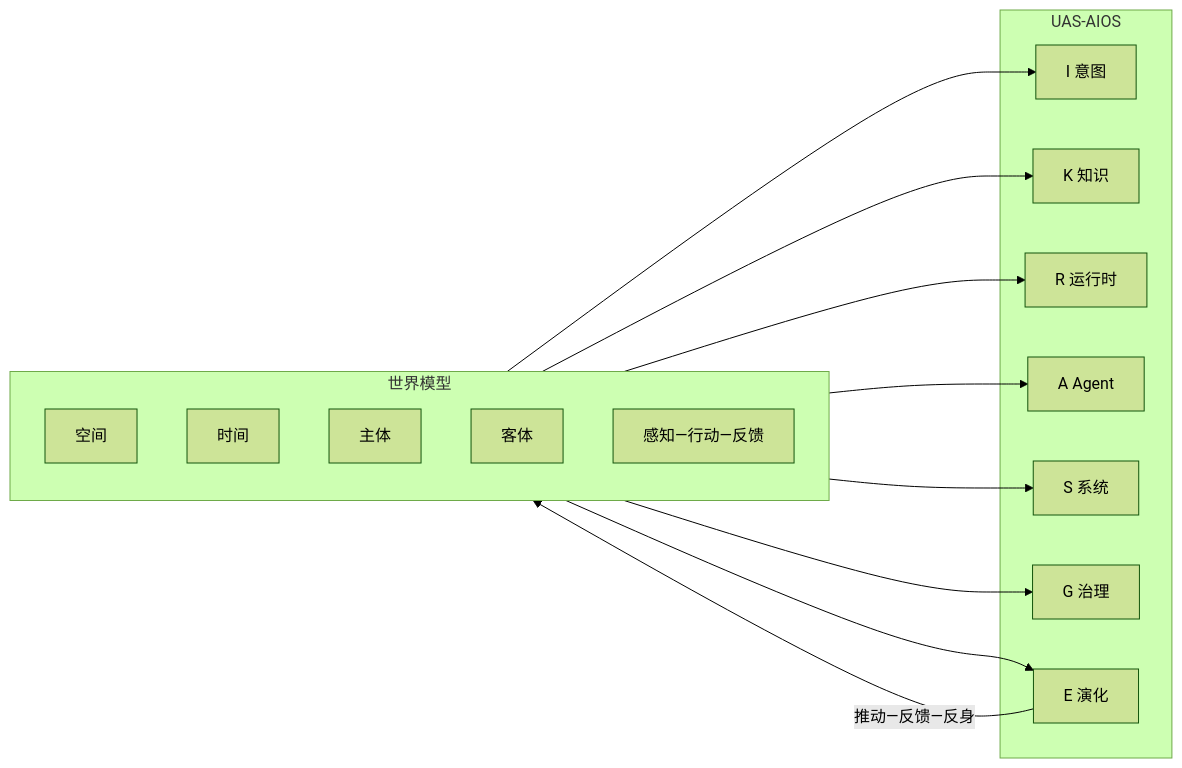
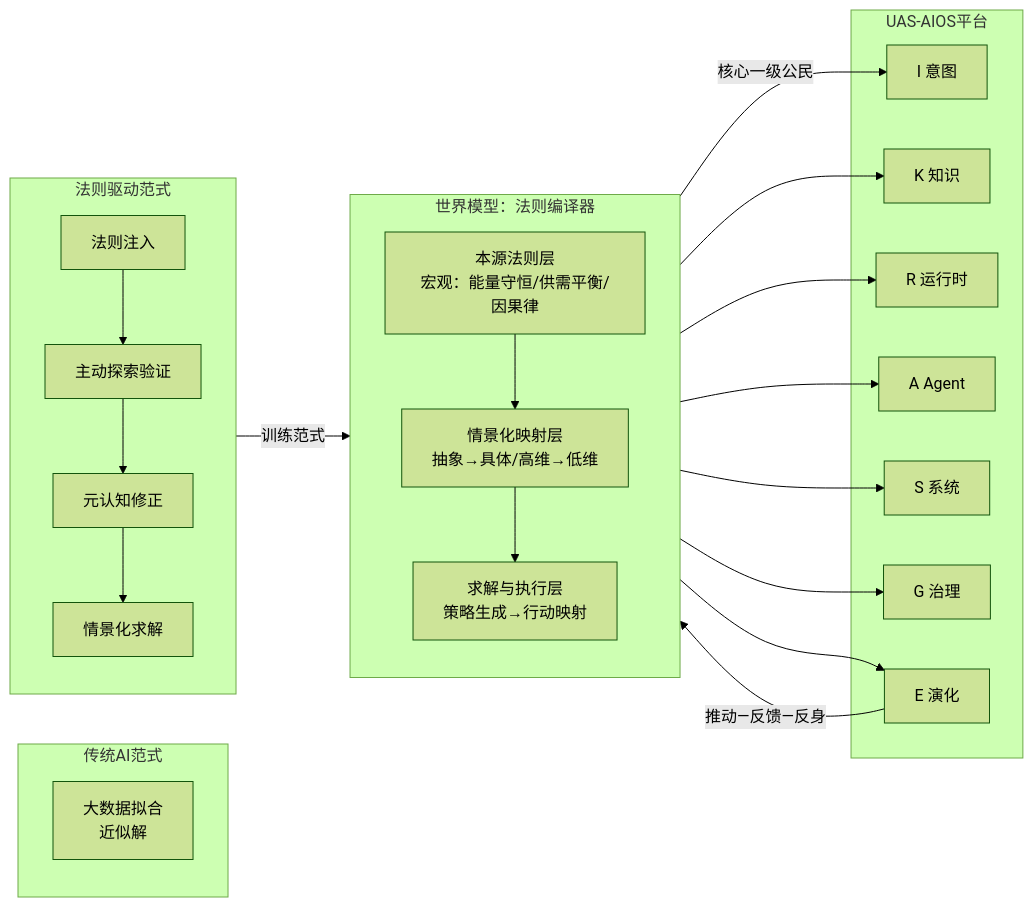
Before and after one commit to huawenyao/UAS-AIOS: the second of 4 diagrams in docs/THEORY_SYSTEM.md, drawn with Mermaid (forest theme). The commit also changed other lines of this file and 47 other files, not shown here.

````diff
--- a/docs/THEORY_SYSTEM.md
+++ b/docs/THEORY_SYSTEM.md
@@ -245,30 +629,43 @@
 ```mermaid
 flowchart LR
-    subgraph 世界模型
-        S[空间]
-        T[时间]
-        Subj[主体]
-        Obj[客体]
-        F[感知—行动—反馈]
+    subgraph 世界模型_法则编译器["世界模型：法则编译器"]
+        direction TB
+        WM1[本源法则层<br>宏观：能量守恒/供需平衡/因果律]
+        WM2[情景化映射层<br>抽象→具体/高维→低维]
+        WM3[求解与执行层<br>策略生成→行动映射]
+        WM1 --> WM2 --> WM3
     end
 
-    subgraph UAS-AIOS
+    subgraph 传统AI["传统AI范式"]
+        DA[大数据拟合<br>近似解]
+    end
+
+    subgraph 法则驱动["法则驱动范式"]
+        FD1[法则注入]
+        FD2[主动探索验证]
+        FD3[元认知修正]
+        FD4[情景化求解]
+        FD1 --> FD2 --> FD3 --> FD4
+    end
+
+    subgraph UAS_AIOS["UAS-AIOS平台"]
         I[I 意图]
         K[K 知识]
         R[R 运行时]
         A[A Agent]
         S2[S 系统]
         G[G 治理]
         E[E 演化]
     end
 
-    世界模型 --> I
-    世界模型 --> K
-    世界模型 --> R
-    世界模型 --> A
-    世界模型 --> S2
-    世界模型 --> G
-    世界模型 --> E
+    世界模型_法则编译器 -->|核心一级公民| I
+    世界模型_法则编译器 --> K
+    世界模型_法则编译器 --> R
+    世界模型_法则编译器 --> A
+    世界模型_法则编译器 --> S2
+    世界模型_法则编译器 --> G
+    世界模型_法则编译器 --> E
 
-    E -->|推动—反馈—反身| 世界模型
+    E -->|推动—反馈—反身| 世界模型_法则编译器
+    法则驱动 -->|训练范式| 世界模型_法则编译器
 ```
````
